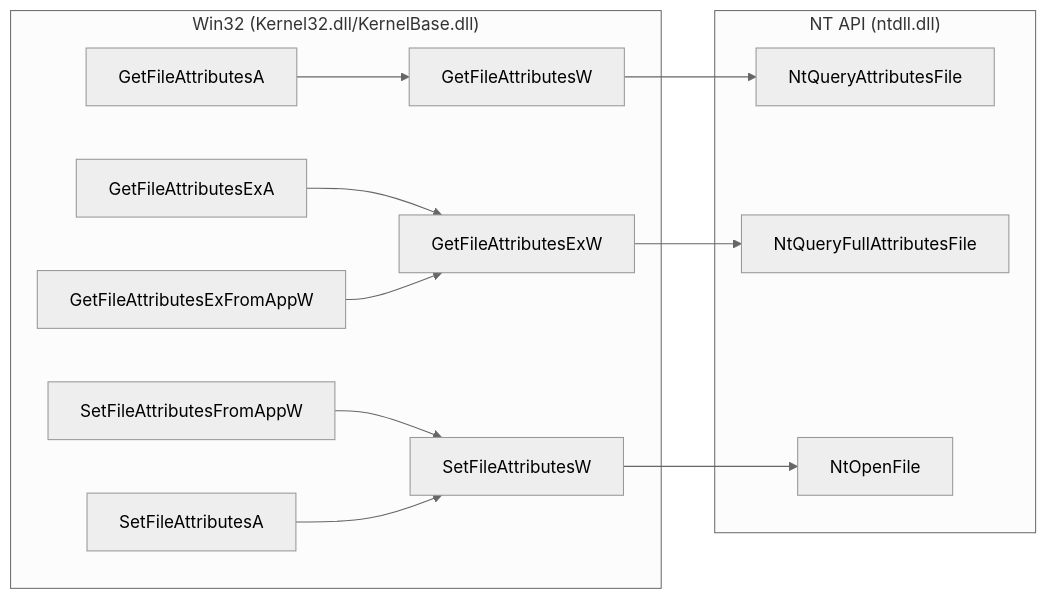
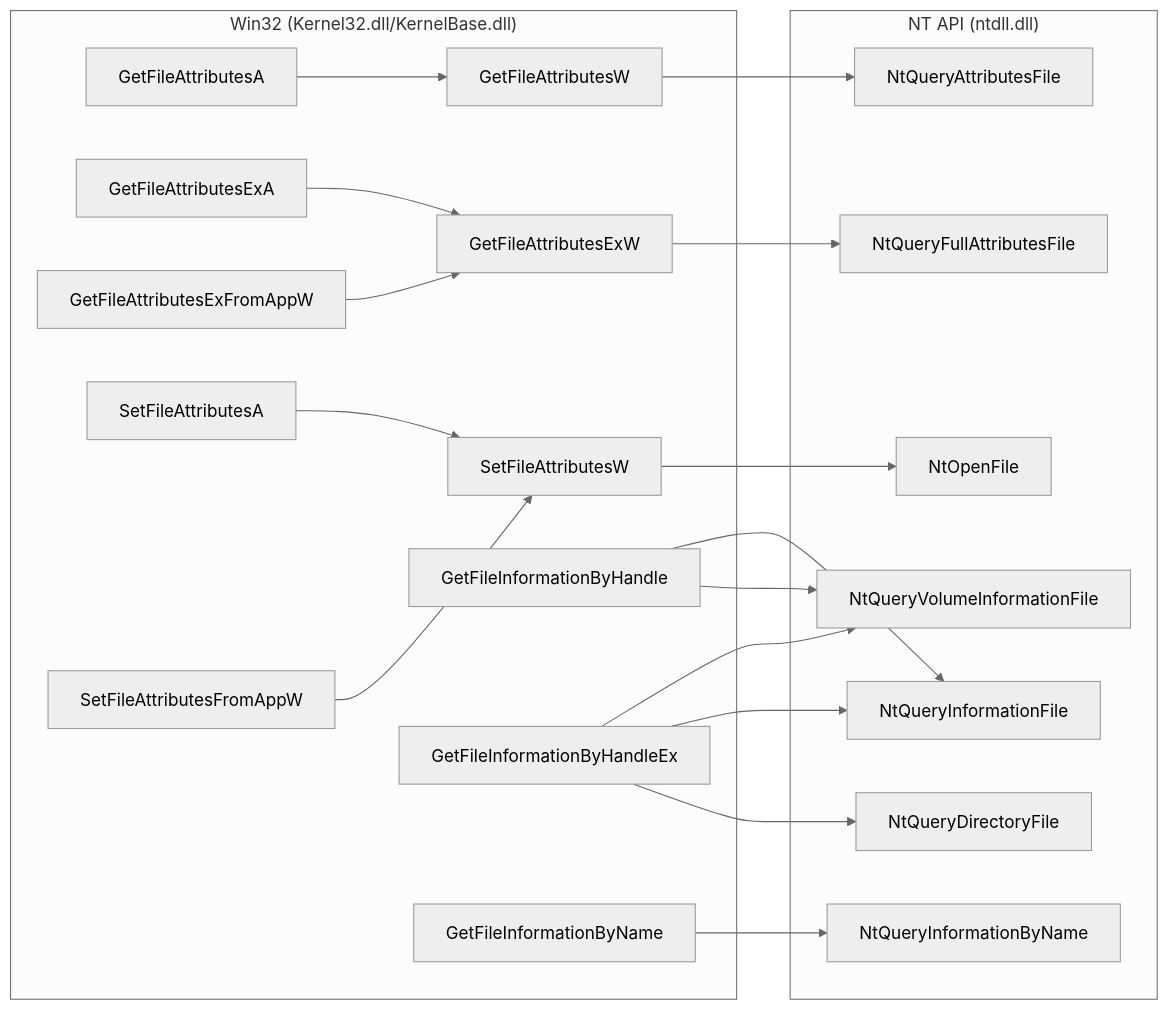
Before and after one commit to Sewer56/vfs-writeup: the fourth of 9 diagrams in docs/index.md, drawn with Mermaid (neutral theme). The commit also changed other lines of this file, not shown here.

Commit message:
Added: GetFileInformationByHandle & GetFileInformationByName

````diff
--- a/docs/index.md
+++ b/docs/index.md
@@ -374,29 +374,42 @@
 ```mermaid
 flowchart LR
     subgraph Win32["Win32 (Kernel32.dll/KernelBase.dll)"]
     GetFileAttributesA
     GetFileAttributesExA
     GetFileAttributesExFromAppW
     GetFileAttributesExW
     GetFileAttributesW
     SetFileAttributesA
     SetFileAttributesFromAppW
     SetFileAttributesW
+    GetFileInformationByHandle
+    GetFileInformationByHandleEx
+    GetFileInformationByName
 
     GetFileAttributesA --> GetFileAttributesW
     GetFileAttributesExA --> GetFileAttributesExW
     GetFileAttributesExFromAppW --> GetFileAttributesExW
     SetFileAttributesFromAppW --> SetFileAttributesW
     SetFileAttributesA --> SetFileAttributesW
     end
 
     subgraph NT["NT API (ntdll.dll)"]
     NtQueryAttributesFile
     NtQueryFullAttributesFile
+    NtQueryInformationFile
+    NtQueryInformationByName
+    NtQueryVolumeInformationFile
+    NtQueryDirectoryFile
     NtOpenFile
 
     GetFileAttributesExW --> NtQueryFullAttributesFile
     GetFileAttributesW --> NtQueryAttributesFile
     SetFileAttributesW --> NtOpenFile
+    GetFileInformationByHandle --> NtQueryVolumeInformationFile
+    GetFileInformationByHandle --> NtQueryInformationFile
+    GetFileInformationByHandleEx --> NtQueryDirectoryFile
+    GetFileInformationByHandleEx --> NtQueryInformationFile
+    GetFileInformationByHandleEx --> NtQueryVolumeInformationFile
+    GetFileInformationByName --> NtQueryInformationByName
     end
 ```
````
